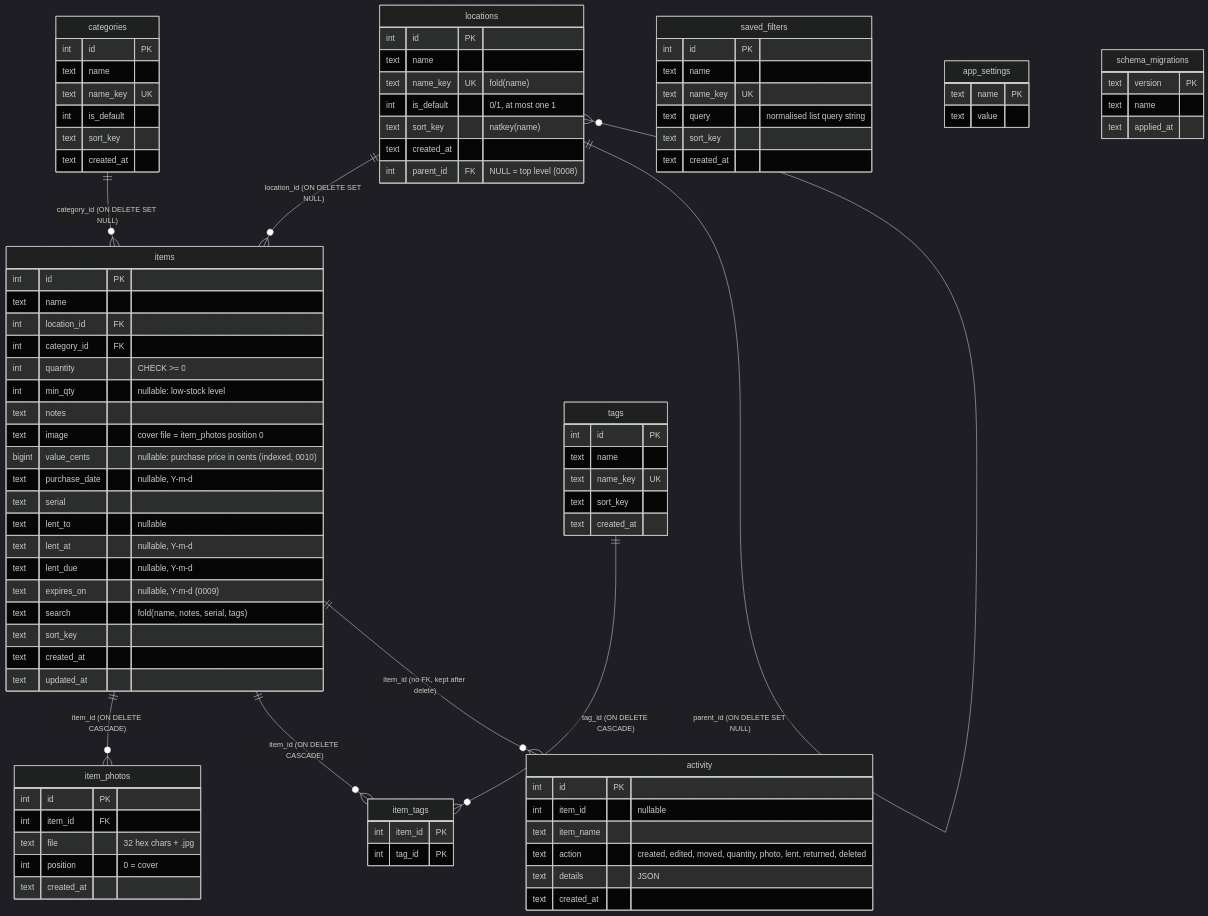
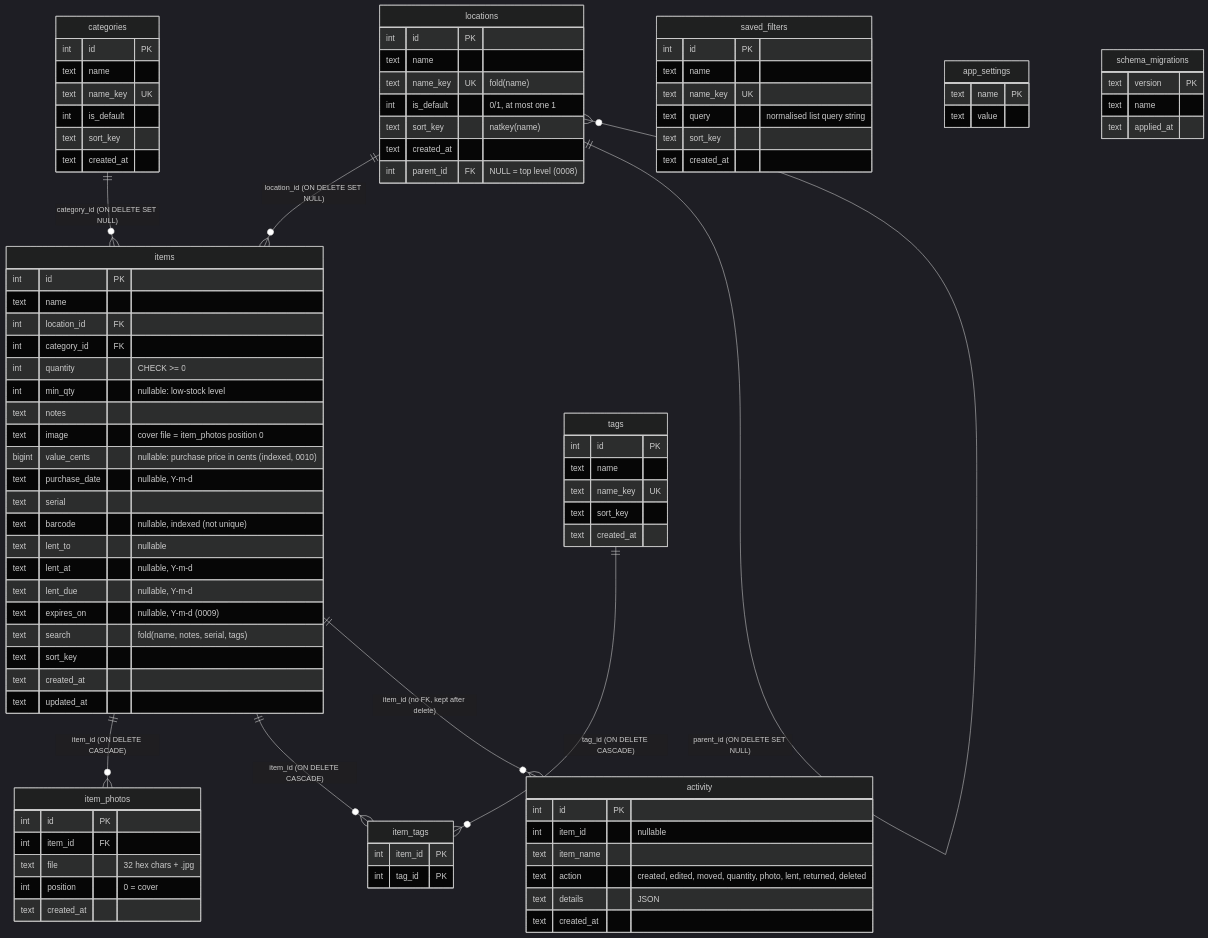
The first of 2 diagrams in docs/database.md (thordin9/apotheke), drawn with Mermaid (dark theme) before and after one commit. The commit also changed other lines of this file and 14 other files, not shown here.

```diff
--- a/docs/database.md
+++ b/docs/database.md
@@ -44,6 +44,7 @@
     bigint value_cents "nullable: purchase price in cents (indexed, 0010)"
     text purchase_date "nullable, Y-m-d"
     text serial
+    text barcode "nullable, indexed (not unique)"
     text lent_to "nullable"
     text lent_at "nullable, Y-m-d"
     text lent_due "nullable, Y-m-d"
```
